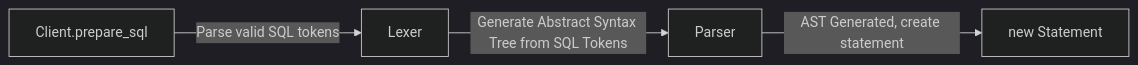
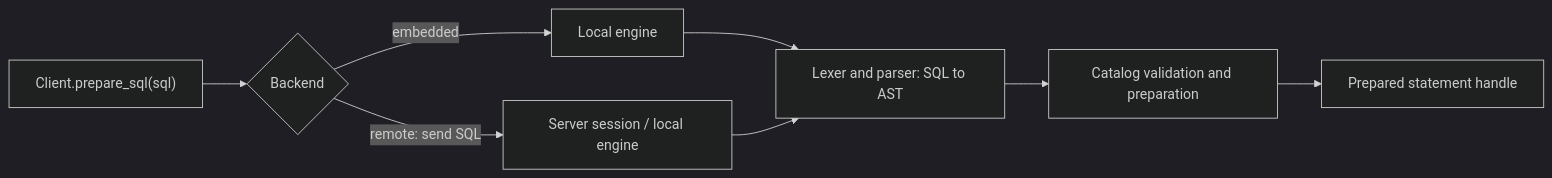
Before and after one commit to adityarao2005/database: the third of 4 diagrams in docs/design/README.md, drawn with Mermaid (dark theme). The commit also changed other lines of this file and 5 other files, not shown here.

Commit message:
feat: implement support for positional parameters in SQL queries, including lexer, parser, and expression updates

````diff
--- a/docs/design/README.md
+++ b/docs/design/README.md
@@ -115,6 +125,10 @@
 ```mermaid
 flowchart LR
-    prepare_sql["Client.prepare_sql"] --> | Parse valid SQL tokens | Lexer
-    Lexer --> | Generate Abstract Syntax Tree from SQL Tokens | Parser
-    Parser --> |AST Generated, create statement| Statement["new Statement"]
+    Client["Client.prepare_sql(sql)"] --> Backend{"Backend"}
+    Backend --> |embedded| Local["Local engine"]
+    Backend --> |remote: send SQL| Server["Server session / local engine"]
+    Local --> Parse["Lexer and parser: SQL to AST"]
+    Server --> Parse
+    Parse --> Prepare["Catalog validation and preparation"]
+    Prepare --> Statement["Prepared statement handle"]
 ```
````
